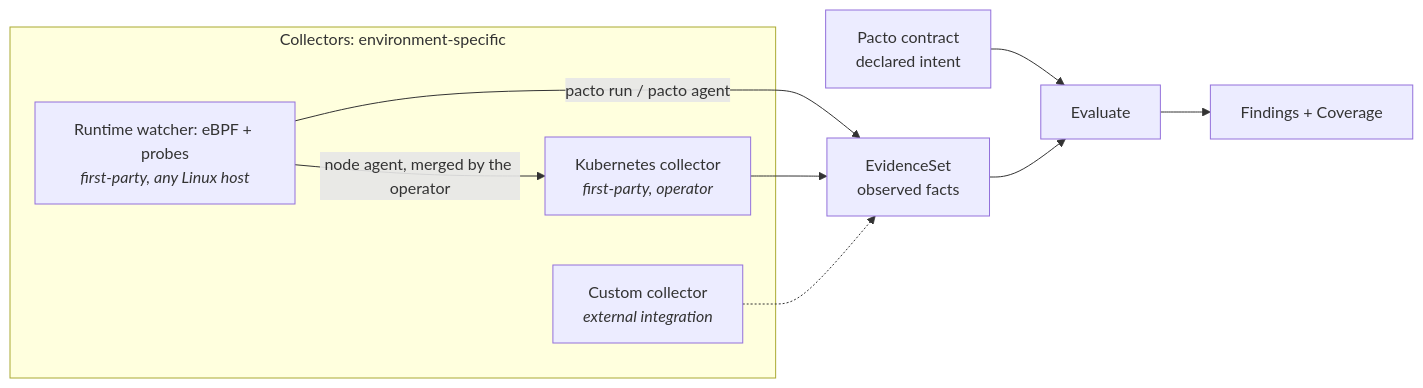
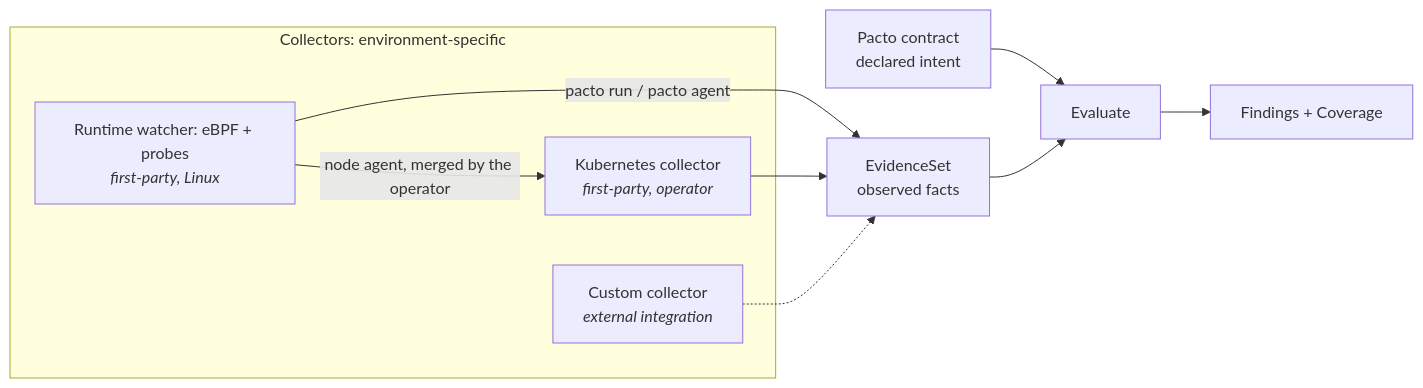
Before and after one commit to TrianaLab/pacto: the second of 2 diagrams in docs/model.md, drawn with Mermaid. The commit also changed other lines of this file and 318 other files, not shown here.

````diff
--- a/docs/model.md
+++ b/docs/model.md
@@ -105,16 +107,16 @@
 ```mermaid
 flowchart LR
     C["Pacto contract<br/>declared intent"]
     subgraph Collectors["Collectors: environment-specific"]
-        W["Runtime watcher: eBPF + probes<br/><i>first-party, any Linux host</i>"]
+        W["Runtime watcher: eBPF + probes<br/><i>first-party, Linux</i>"]
         K["Kubernetes collector<br/><i>first-party, operator</i>"]
         X["Custom collector<br/><i>external integration</i>"]
     end
     W -- "pacto run / pacto agent" --> E["EvidenceSet<br/>observed facts"]
     W -- "node agent, merged by the operator" --> K
     K --> E
     X -.-> E
     C --> V["Evaluate"]
     E --> V
     V --> F["Findings + Coverage"]
 ```
````
